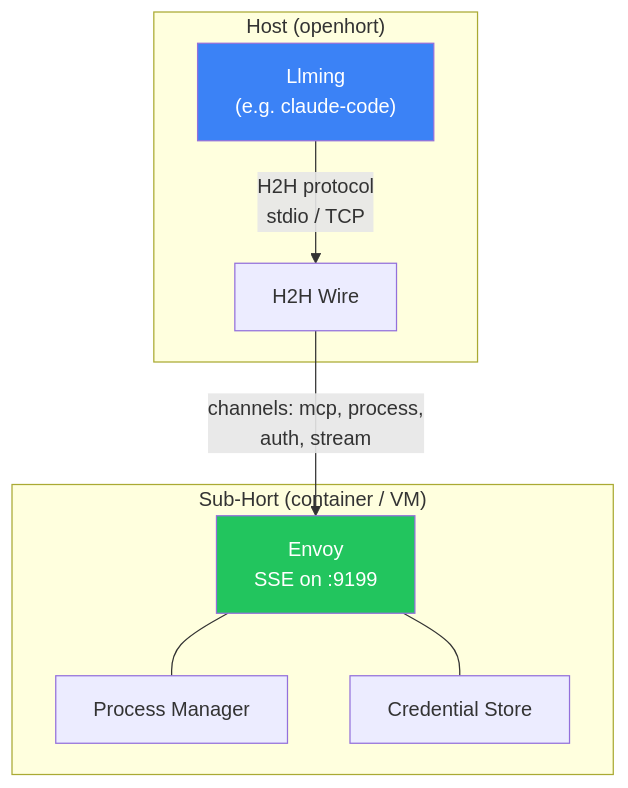
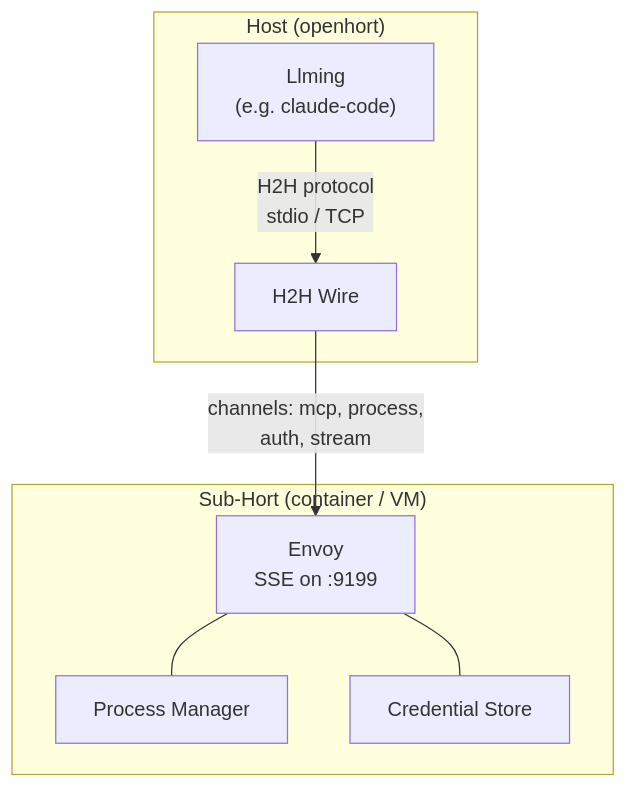
The first of 5 diagrams in docs/manual/internals/envoy-architecture.md (openhort/openhort), drawn with Mermaid before and after one commit. The commit also changed other lines of this file and 38 other files, not shown here.

````diff
--- a/docs/manual/internals/envoy-architecture.md
+++ b/docs/manual/internals/envoy-architecture.md
@@ -9,22 +9,20 @@
 ```mermaid
 graph TB
     subgraph Host["Host (openhort)"]
         Llming["Llming<br/>(e.g. claude-code)"]
         Wire["H2H Wire"]
     end
 
     subgraph SubHort["Sub-Hort (container / VM)"]
         Envoy["Envoy<br/>SSE on :9199"]
         Process["Process Manager"]
         Auth["Credential Store"]
 
         Envoy --- Process
         Envoy --- Auth
     end
 
     Llming -->|"H2H protocol<br/>stdio / TCP"| Wire
     Wire -->|"channels: mcp, process,<br/>auth, stream"| Envoy
 
-    style Envoy fill:#22c55e,color:#fff
-    style Llming fill:#3b82f6,color:#fff
 ```
````
